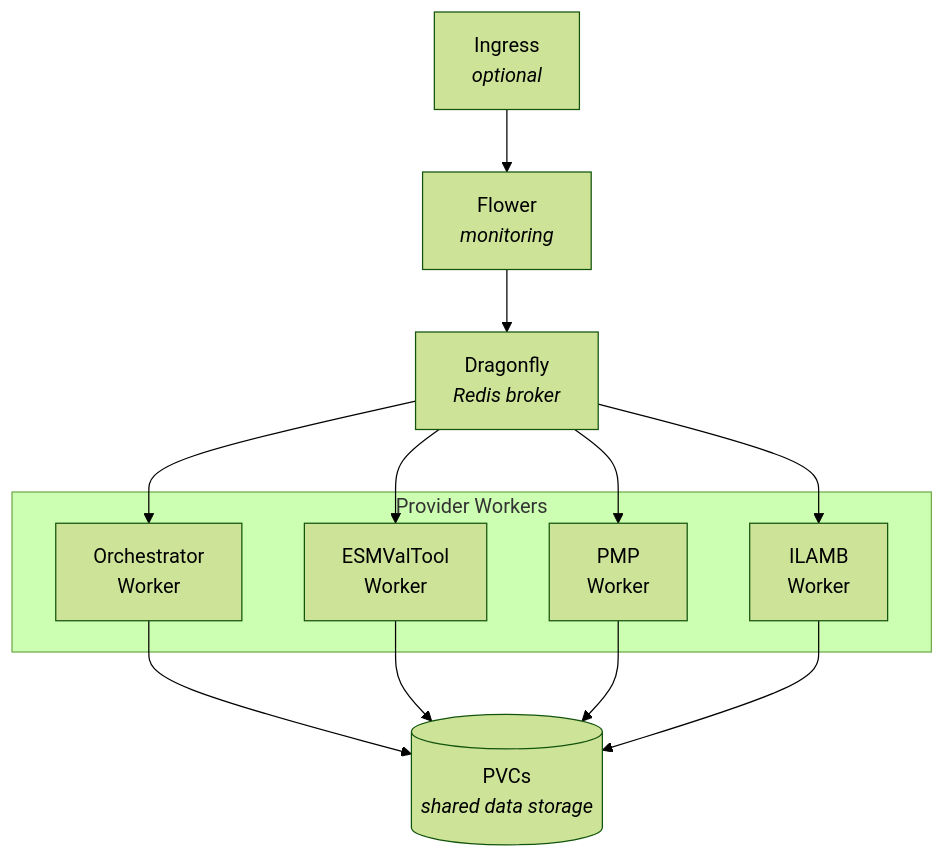
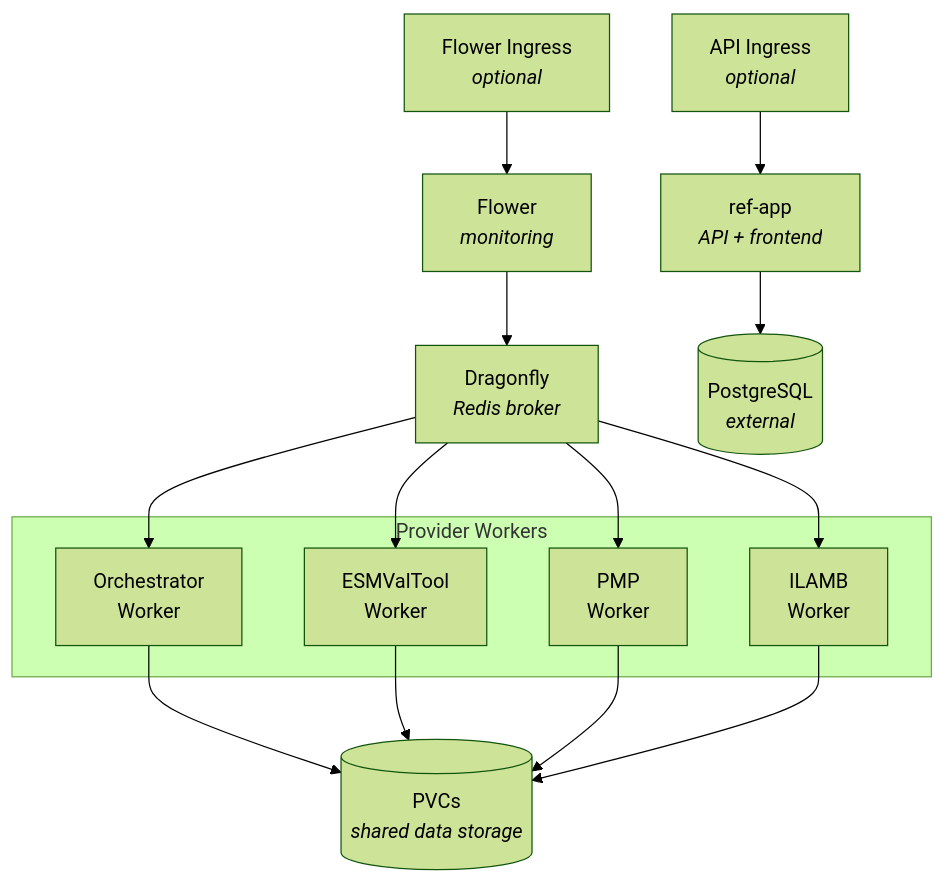
Before and after one commit to Climate-REF/climate-ref-aft: the diagram in helm/README.md, drawn with Mermaid (forest theme). The commit also changed other lines of this file and 9 other files, not shown here.

````diff
--- a/helm/README.md
+++ b/helm/README.md
@@ -58,26 +64,31 @@
 ```mermaid
 flowchart TB
-    ingress[Ingress<br/><i>optional</i>]
+    apiIngress[API Ingress<br/><i>optional</i>]
+    flowerIngress[Flower Ingress<br/><i>optional</i>]
+    api[ref-app<br/><i>API + frontend</i>]
     flower[Flower<br/><i>monitoring</i>]
     dragonfly[Dragonfly<br/><i>Redis broker</i>]
+    db[(PostgreSQL<br/><i>external</i>)]
 
     subgraph workers[Provider Workers]
         orchestrator[Orchestrator<br/>Worker]
         esmvaltool[ESMValTool<br/>Worker]
         pmp[PMP<br/>Worker]
         ilamb[ILAMB<br/>Worker]
     end
 
     pvcs[(PVCs<br/><i>shared data storage</i>)]
 
-    ingress --> flower
+    apiIngress --> api
+    flowerIngress --> flower
+    api --> db
     flower --> dragonfly
     dragonfly --> orchestrator
     dragonfly --> esmvaltool
     dragonfly --> pmp
     dragonfly --> ilamb
     orchestrator --> pvcs
     esmvaltool --> pvcs
     pmp --> pvcs
     ilamb --> pvcs
 ```
````
